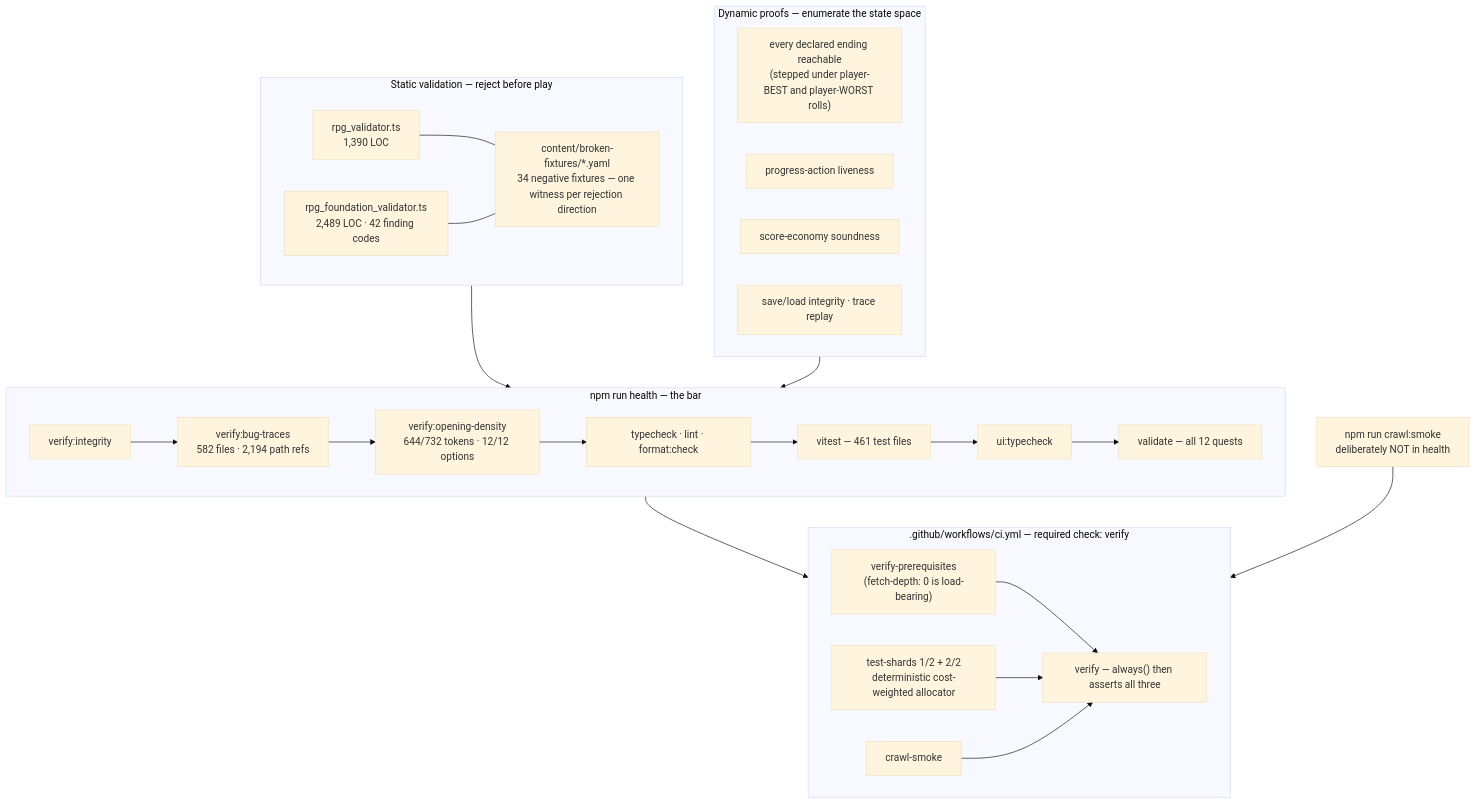
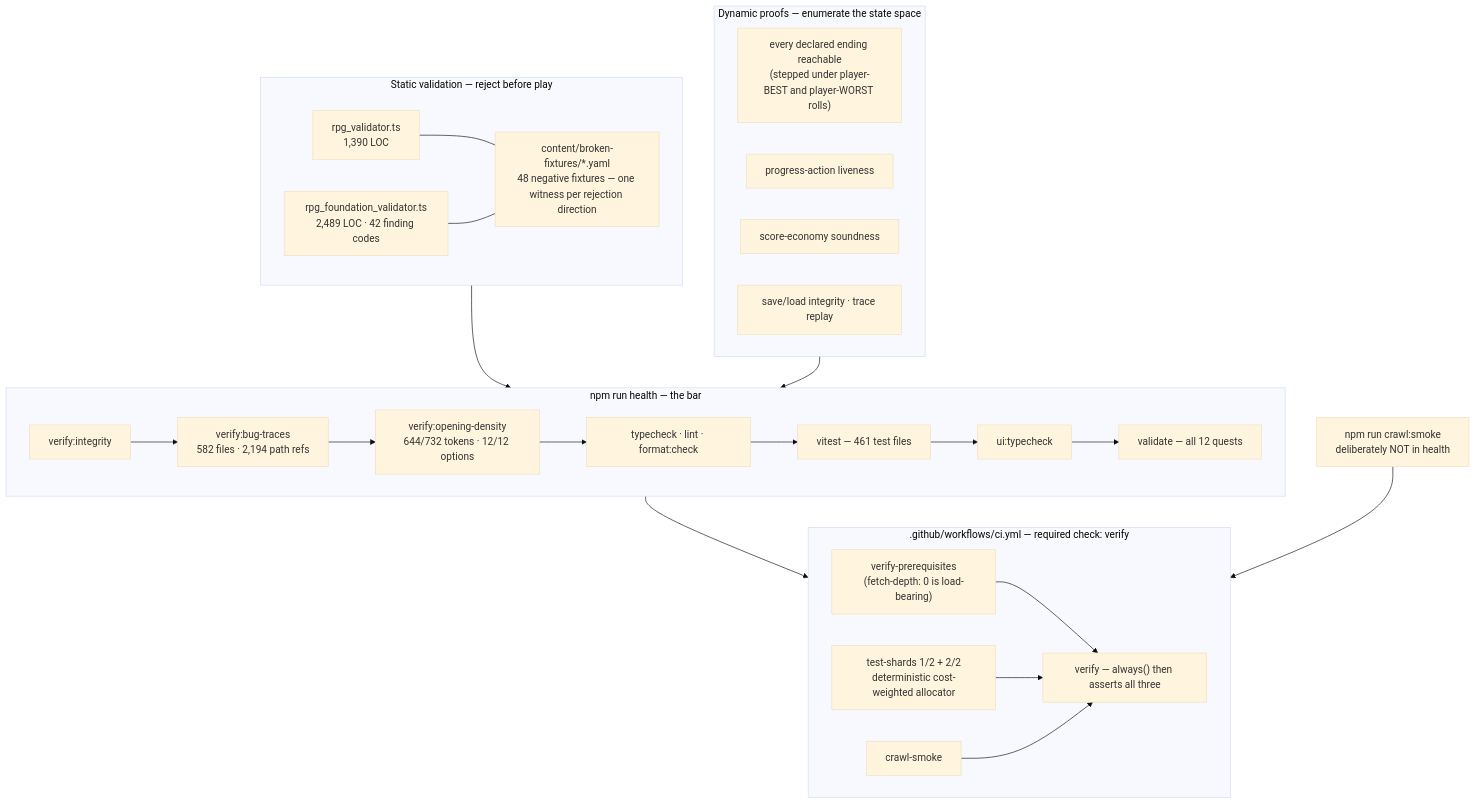
One commit to michaelcrosato/zork-unlimited changed the eighth of 10 diagrams in docs/REPO_AUDIT_2026-08.md. Above: the diagram before and after it, drawn with Mermaid (base theme). The commit also changed other lines of this file and 5 other files, not shown here.

````diff
--- a/docs/REPO_AUDIT_2026-08.md
+++ b/docs/REPO_AUDIT_2026-08.md
@@ -441,42 +441,42 @@
 ```mermaid
 flowchart TB
     subgraph STATIC["Static validation — reject before play"]
         V1["rpg_validator.ts<br/>1,390 LOC"]
         V2["rpg_foundation_validator.ts<br/>2,489 LOC · 42 finding codes"]
-        NEG["content/broken-fixtures/*.yaml<br/>34 negative fixtures — one witness per rejection direction"]
+        NEG["content/broken-fixtures/*.yaml<br/>48 negative fixtures — one witness per rejection direction"]
         V1 & V2 --- NEG
     end
 
     subgraph DYN["Dynamic proofs — enumerate the state space"]
         E1["every declared ending reachable<br/>(stepped under player-BEST and player-WORST rolls)"]
         E2["progress-action liveness"]
         E3["score-economy soundness"]
         E4["save/load integrity · trace replay"]
     end
 
     subgraph BAR["npm run health — the bar"]
         H1["verify:integrity"]
         H2["verify:bug-traces<br/>582 files · 2,194 path refs"]
         H3["verify:opening-density<br/>644/732 tokens · 12/12 options"]
         H4["typecheck · lint · format:check"]
         H5["vitest — 461 test files"]
         H6["ui:typecheck"]
         H7["validate — all 12 quests"]
         H1-->H2-->H3-->H4-->H5-->H6-->H7
     end
 
     CRAWL["npm run crawl:smoke<br/>deliberately NOT in health"]
 
     subgraph CI[".github/workflows/ci.yml — required check: verify"]
         J1["verify-prerequisites<br/>(fetch-depth: 0 is load-bearing)"]
         J2["test-shards 1/2 + 2/2<br/>deterministic cost-weighted allocator"]
         J3["crawl-smoke"]
         J4["verify — always() then asserts all three"]
         J1 & J2 & J3 --> J4
     end
 
     STATIC --> BAR
     DYN --> BAR
     BAR --> CI
     CRAWL --> CI
 ```
````
